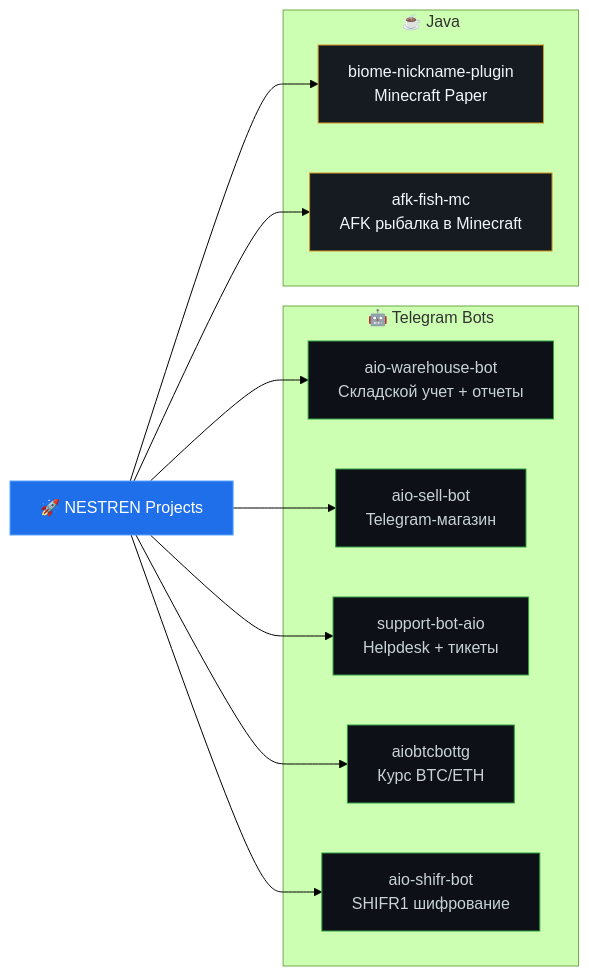
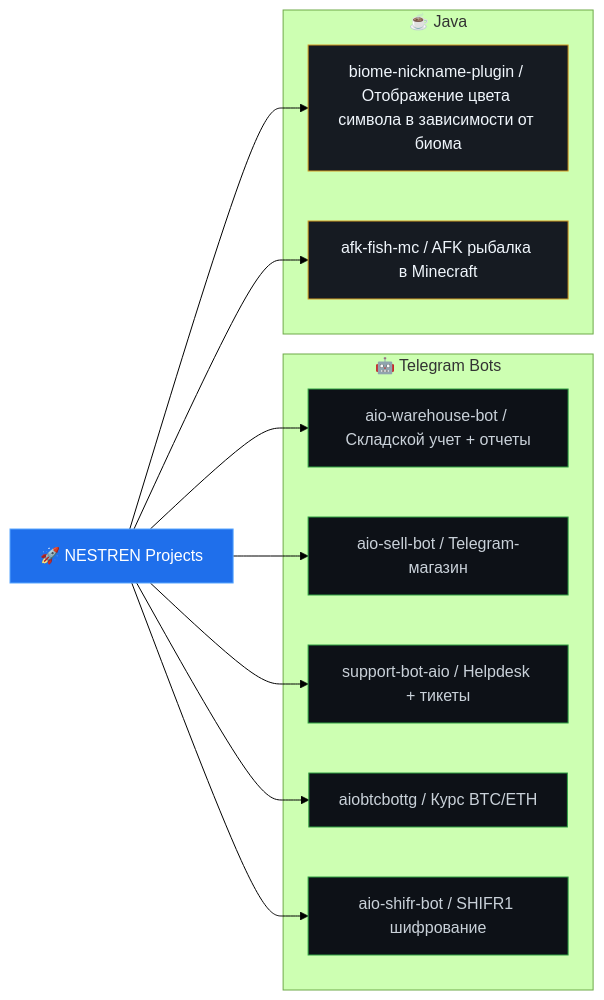
Before and after one commit to NESTREN/NESTREN: the diagram in README.md, drawn with Mermaid (forest theme). The commit also changed other lines of this file, not shown here.

Commit message:
Update README.md with new formatting and content

````diff
--- a/README.md
+++ b/README.md
@@ -46,33 +46,33 @@
 ```mermaid
 flowchart LR
     A[🚀 NESTREN Projects]
 
     subgraph T[🤖 Telegram Bots]
-      B[aio-warehouse-bot\nСкладской учет + отчеты]
-      C[aio-sell-bot\nTelegram-магазин]
-      D[support-bot-aio\nHelpdesk + тикеты]
-      E[aiobtcbottg\nКурс BTC/ETH]
-      F[aio-shifr-bot\nSHIFR1 шифрование]
+      B[aio-warehouse-bot / Складской учет + отчеты]
+      C[aio-sell-bot / Telegram-магазин]
+      D[support-bot-aio / Helpdesk + тикеты]
+      E[aiobtcbottg / Курс BTC/ETH]
+      F[aio-shifr-bot / SHIFR1 шифрование]
     end
 
     subgraph J[☕ Java]
-      G[biome-nickname-plugin\nMinecraft Paper]
-      H[afk-fish-mc\nAFK рыбалка в Minecraft]
+      G[biome-nickname-plugin / Отображение цвета символа в зависимости от биома]
+      H[afk-fish-mc / AFK рыбалка в Minecraft]
     end
 
     A --> B
     A --> C
     A --> D
     A --> E
     A --> F
     A --> G
     A --> H
 
     classDef core fill:#1f6feb,color:#ffffff,stroke:#58a6ff,stroke-width:1px;
     classDef tg fill:#0d1117,color:#c9d1d9,stroke:#2ea043,stroke-width:1px;
     classDef java fill:#161b22,color:#f0f6fc,stroke:#d29922,stroke-width:1px;
 
     class A core;
     class B,C,D,E,F tg;
     class G,H java;
 ```
````
